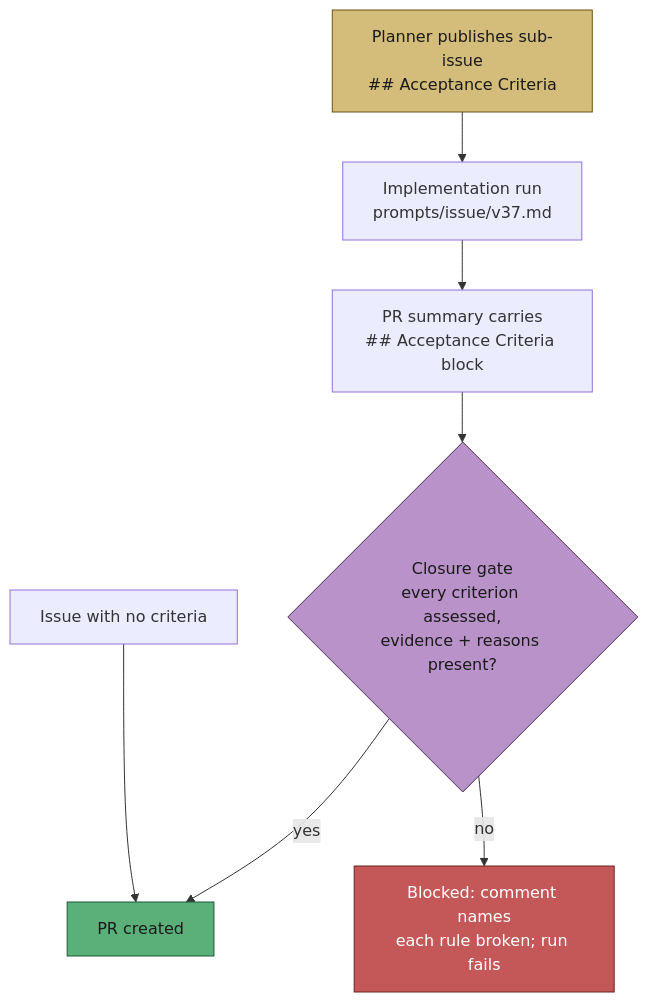
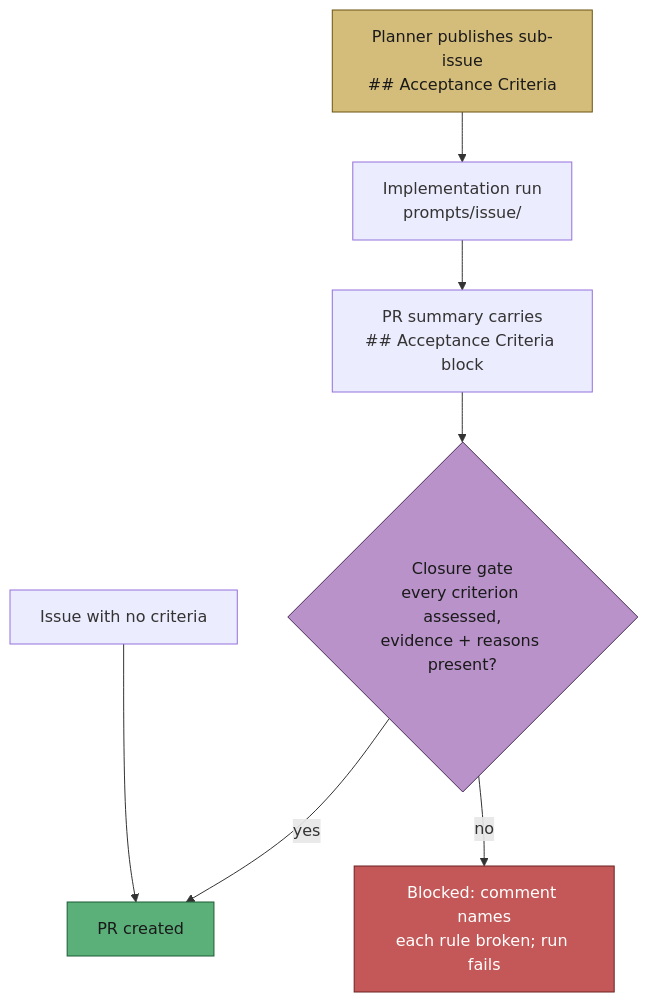
Before and after one commit to stSoftwareAU/VibeCoder: diagram 11 of 13 in docs/workflows/issue-processing.md, drawn with Mermaid. The commit also changed other lines of this file and 8 other files, not shown here.

````diff
--- a/docs/workflows/issue-processing.md
+++ b/docs/workflows/issue-processing.md
@@ -671,13 +671,13 @@
 ```mermaid
 flowchart TD
-    P["Planner publishes sub-issue<br/>## Acceptance Criteria"] --> I["Implementation run<br/>prompts/issue/v37.md"]
+    P["Planner publishes sub-issue<br/>## Acceptance Criteria"] --> I["Implementation run<br/>prompts/issue/"]
     I --> S["PR summary carries<br/>## Acceptance Criteria block"]
     S --> G{"Closure gate<br/>every criterion assessed,<br/>evidence + reasons present?"}
     G -->|yes| PR["PR created"]
     G -->|no| B["Blocked: comment names<br/>each rule broken; run fails"]
     N["Issue with no criteria"] --> PR
     style P fill:#d4bc7a,stroke:#6b5510,color:#1a1a1a
     style G fill:#b892c8,stroke:#4a2d5a,color:#1a1a1a
     style PR fill:#5ab078,stroke:#1d5a35,color:#1a1a1a
     style B fill:#c45858,stroke:#6b2020,color:#fff
 ```
````
